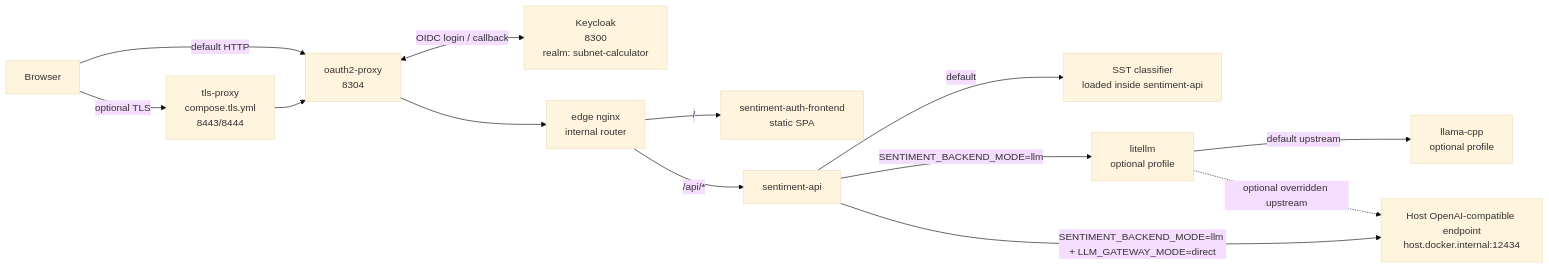
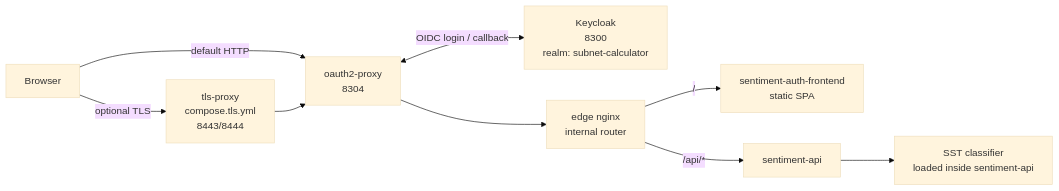
Before and after one commit to nickromney/platform: the first of 4 diagrams in apps/sentiment/docs/COMPOSE-ARCHITECTURE.md, drawn with Mermaid (base theme). The commit also changed other lines of this file and 81 other files, not shown here.

````diff
--- a/apps/sentiment/docs/COMPOSE-ARCHITECTURE.md
+++ b/apps/sentiment/docs/COMPOSE-ARCHITECTURE.md
@@ -30,27 +28,20 @@
 ```mermaid
 flowchart LR
     Browser["Browser"]
     TLS["tls-proxy<br/>compose.tls.yml<br/>8443/8444"]
     OAuth["oauth2-proxy<br/>8304"]
     KC["Keycloak<br/>8300<br/>realm: subnet-calculator"]
     Edge["edge nginx<br/>internal router"]
     UI["sentiment-auth-frontend<br/>static SPA"]
     API["sentiment-api"]
     SST["SST classifier<br/>loaded inside sentiment-api"]
-    LiteLLM["litellm<br/>optional profile"]
-    Llama["llama-cpp<br/>optional profile"]
-    HostLLM["Host OpenAI-compatible endpoint<br/>host.docker.internal:12434"]
 
     Browser -->|"default HTTP"| OAuth
     Browser -->|"optional TLS"| TLS
     TLS --> OAuth
     OAuth <-->|"OIDC login / callback"| KC
     OAuth --> Edge
     Edge -->|" / "| UI
     Edge -->|" /api/* "| API
-    API -->|"default"| SST
-    API -->|"SENTIMENT_BACKEND_MODE=llm"| LiteLLM
-    LiteLLM -->|"default upstream"| Llama
-    API -->|"SENTIMENT_BACKEND_MODE=llm + LLM_GATEWAY_MODE=direct"| HostLLM
-    LiteLLM -. "optional overridden upstream" .-> HostLLM
+    API --> SST
 ```
````
